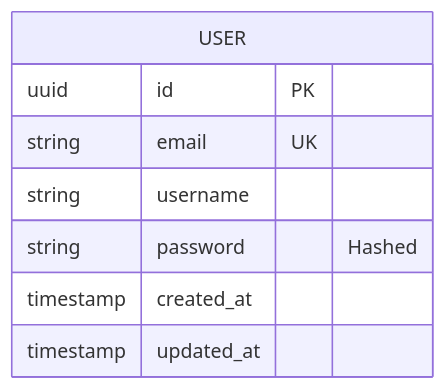
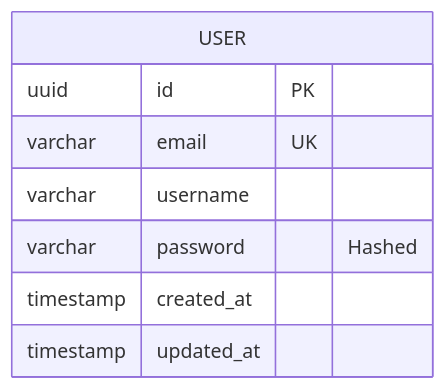
One commit to Highload-Labs/healthcare-gov-docs changed the diagram in erd/users.md. Above: the diagram before and after it, drawn with Mermaid. The commit also changed 1 other file, not shown here.

Commit message:
feat(docs): add plans erd, fix(docs): user erd data type

````diff
--- a/erd/users.md
+++ b/erd/users.md
@@ -3,12 +3,12 @@
 ```mermaid
 erDiagram
     USER
     USER {
         uuid id PK
-        string email UK
-        string username
-        string password "Hashed"
+        varchar email UK
+        varchar username
+        varchar password "Hashed"
         timestamp created_at
         timestamp updated_at
     }
 ```
````
